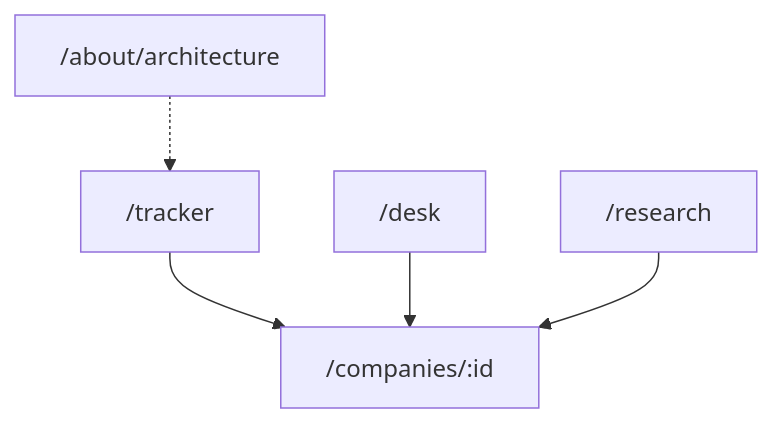
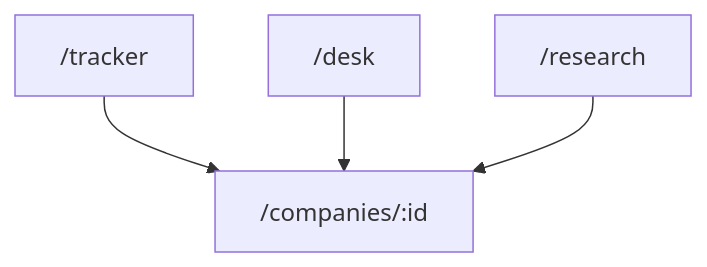
One commit to Npchanchal/aplhagenai changed the third of 9 diagrams in docs/ARCHITECTURE_AND_DESIGN.md. Above: the diagram before and after it, drawn with Mermaid. The commit also changed other lines of this file and 311 other files, not shown here.

````diff
--- a/docs/ARCHITECTURE_AND_DESIGN.md
+++ b/docs/ARCHITECTURE_AND_DESIGN.md
@@ -58,13 +58,11 @@
 ```mermaid
 flowchart TB
   track["/tracker"]
   desk["/desk"]
   research["/research"]
   dossier["/companies/:id"]
-  arch["/about/architecture"]
 
   track --> dossier
   desk --> dossier
   research --> dossier
-  arch -.-> track
 ```
````
